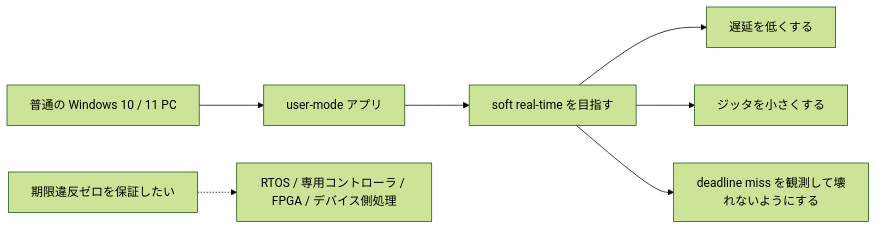
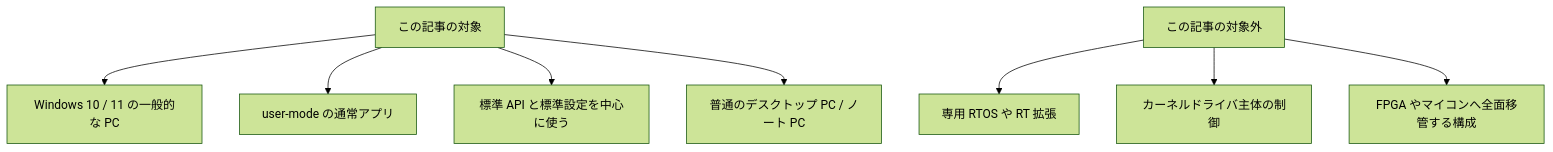
Before and after one commit to gomurin0428/KomuraSoftWeb: the first of 7 diagrams in _posts/2026-03-09-000-windows-soft-realtime-practical-guide-natural.md, drawn with Mermaid (forest theme). The commit also changed other lines of this file, not shown here.

````diff
--- a/_posts/2026-03-09-000-windows-soft-realtime-practical-guide-natural.md
+++ b/_posts/2026-03-09-000-windows-soft-realtime-practical-guide-natural.md
@@ -82,9 +74,11 @@
 ```mermaid
-flowchart LR
-    A["普通の Windows 10 / 11 PC"] --> B["user-mode アプリ"]
-    B --> C["soft real-time を目指す"]
-    C --> D["遅延を低くする"]
-    C --> E["ジッタを小さくする"]
-    C --> F["deadline miss を観測して壊れないようにする"]
-    G["期限違反ゼロを保証したい"] -.-> H["RTOS / 専用コントローラ / FPGA / デバイス側処理"]
+flowchart TB
+    scope["この記事の対象"] --> s1["Windows 10 / 11 の一般的な PC"]
+    scope --> s2["user-mode の通常アプリ"]
+    scope --> s3["標準 API と標準設定を中心に使う"]
+    scope --> s4["普通のデスクトップ PC / ノート PC"]
+
+    out["この記事の対象外"] --> o1["専用 RTOS や RT 拡張"]
+    out --> o2["カーネルドライバ主体の制御"]
+    out --> o3["FPGA やマイコンへ全面移管する構成"]
 ```
````
